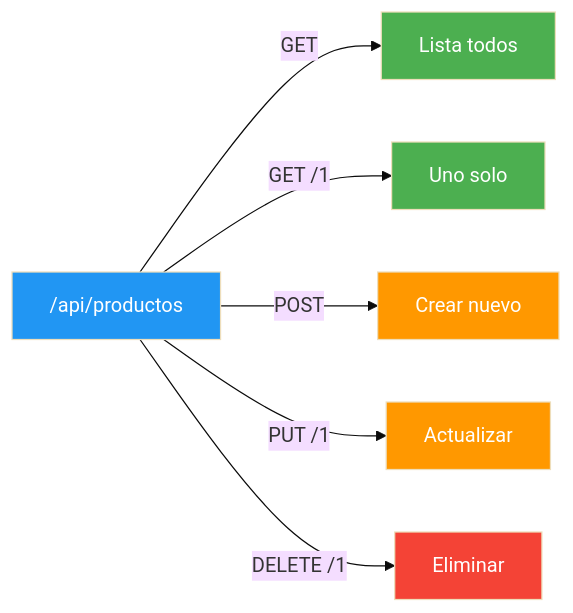
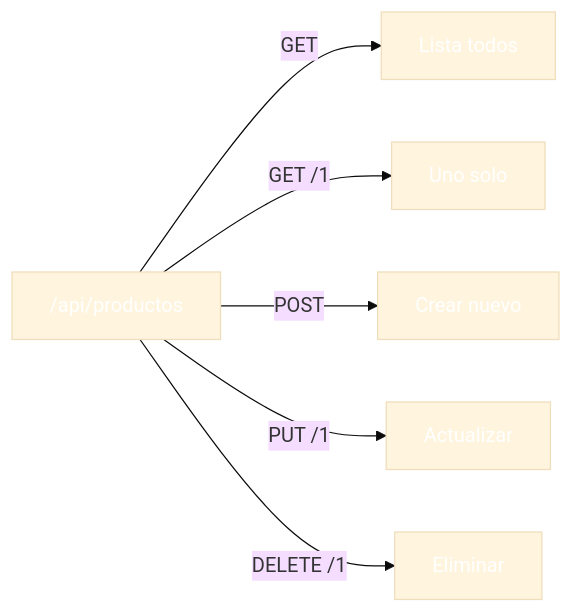
Before and after one commit to joseluisgs/DesarrolloWebEntornosServidor-02-2026-2027: the third of 4 diagrams in 02-rest-api.md, drawn with Mermaid (base theme). The commit also changed other lines of this file and 41 other files, not shown here.

````diff
--- a/02-rest-api.md
+++ b/02-rest-api.md
@@ -110,14 +110,14 @@
 ```mermaid
 flowchart LR
     A["/api/productos"] -->|GET| B["Lista todos"]
     A -->|GET /1| C["Uno solo"]
     A -->|POST| D["Crear nuevo"]
     A -->|PUT /1| E["Actualizar"]
     A -->|DELETE /1| F["Eliminar"]
-    style A fill:#2196F3,color:#fff
-    style B fill:#4CAF50,color:#fff
-    style C fill:#4CAF50,color:#fff
-    style D fill:#FF9800,color:#fff
-    style E fill:#FF9800,color:#fff
-    style F fill:#f44336,color:#fff
+    style A fill:#2196F,color:#fff3,color:#fff
+    style B fill:#4CAF5,color:#fff0,color:#fff
+    style C fill:#4CAF5,color:#fff0,color:#fff
+    style D fill:#FF980,color:#fff0,color:#fff
+    style E fill:#FF980,color:#fff0,color:#fff
+    style F fill:#f4433,color:#fff6,color:#fff
 ```
````
